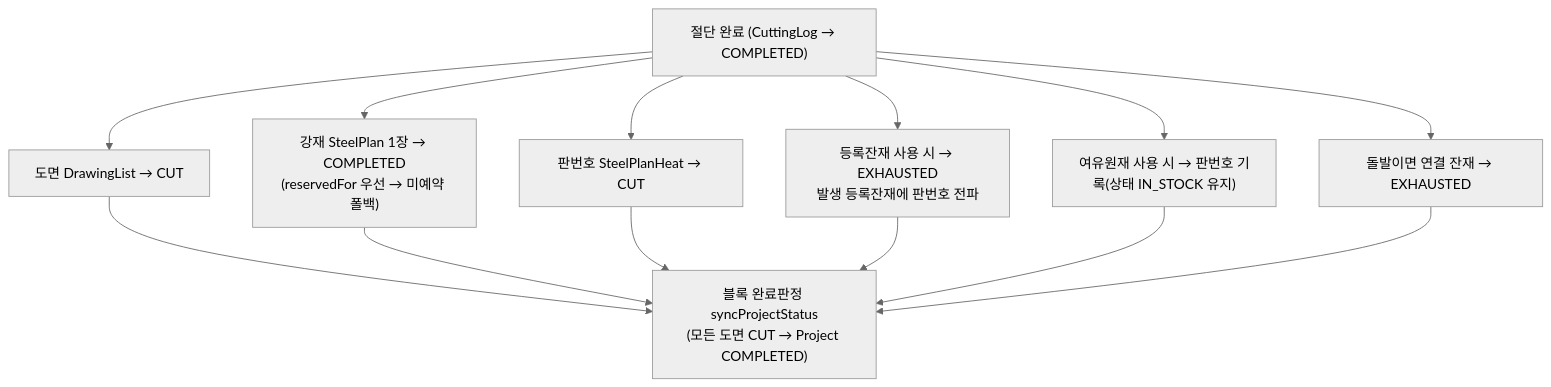
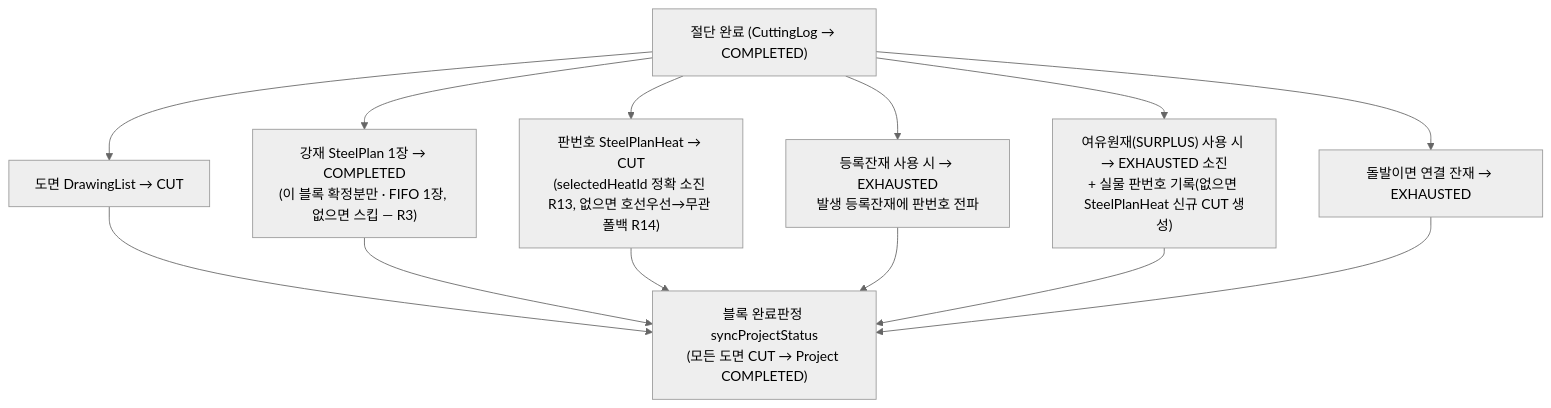
The eighth of 10 diagrams in docs/절단파트_공정흐름.md (banlan21-maker/erp), drawn with Mermaid (neutral theme) before and after one commit. The commit also changed other lines of this file, not shown here.

````diff
--- a/docs/절단파트_공정흐름.md
+++ b/docs/절단파트_공정흐름.md
@@ -179,10 +180,10 @@
 ```mermaid
 flowchart TD
     A["절단 완료 (CuttingLog → COMPLETED)"] --> B["도면 DrawingList → CUT"]
-    A --> C["강재 SteelPlan 1장 → COMPLETED<br/>(reservedFor 우선 → 미예약 폴백)"]
-    A --> D["판번호 SteelPlanHeat → CUT"]
+    A --> C["강재 SteelPlan 1장 → COMPLETED<br/>(이 블록 확정분만 · FIFO 1장, 없으면 스킵 — R3)"]
+    A --> D["판번호 SteelPlanHeat → CUT<br/>(selectedHeatId 정확 소진 R13, 없으면 호선우선→무관 폴백 R14)"]
     A --> E["등록잔재 사용 시 → EXHAUSTED<br/>발생 등록잔재에 판번호 전파"]
-    A --> F["여유원재 사용 시 → 판번호 기록(상태 IN_STOCK 유지)"]
+    A --> F["여유원재(SURPLUS) 사용 시 → EXHAUSTED 소진<br/>+ 실물 판번호 기록(없으면 SteelPlanHeat 신규 CUT 생성)"]
     A --> G["돌발이면 연결 잔재 → EXHAUSTED"]
     B & C & D & E & F & G --> H["블록 완료판정 syncProjectStatus<br/>(모든 도면 CUT → Project COMPLETED)"]
 ```
````
